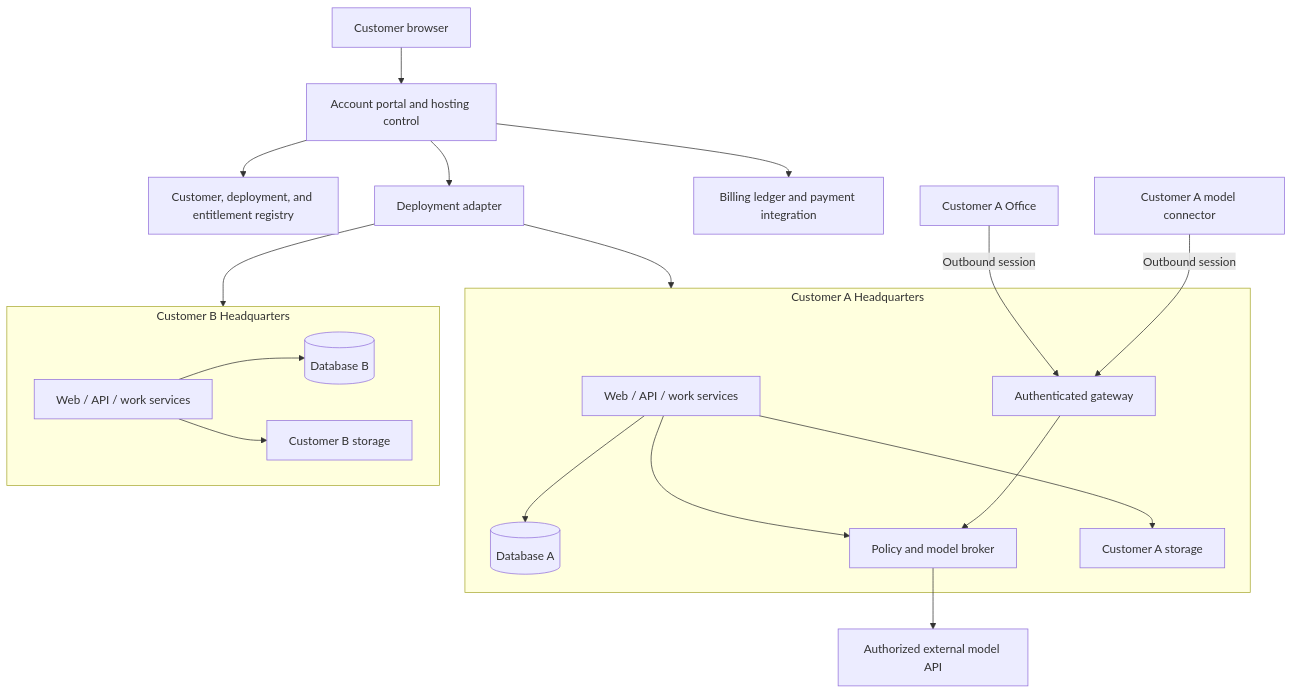
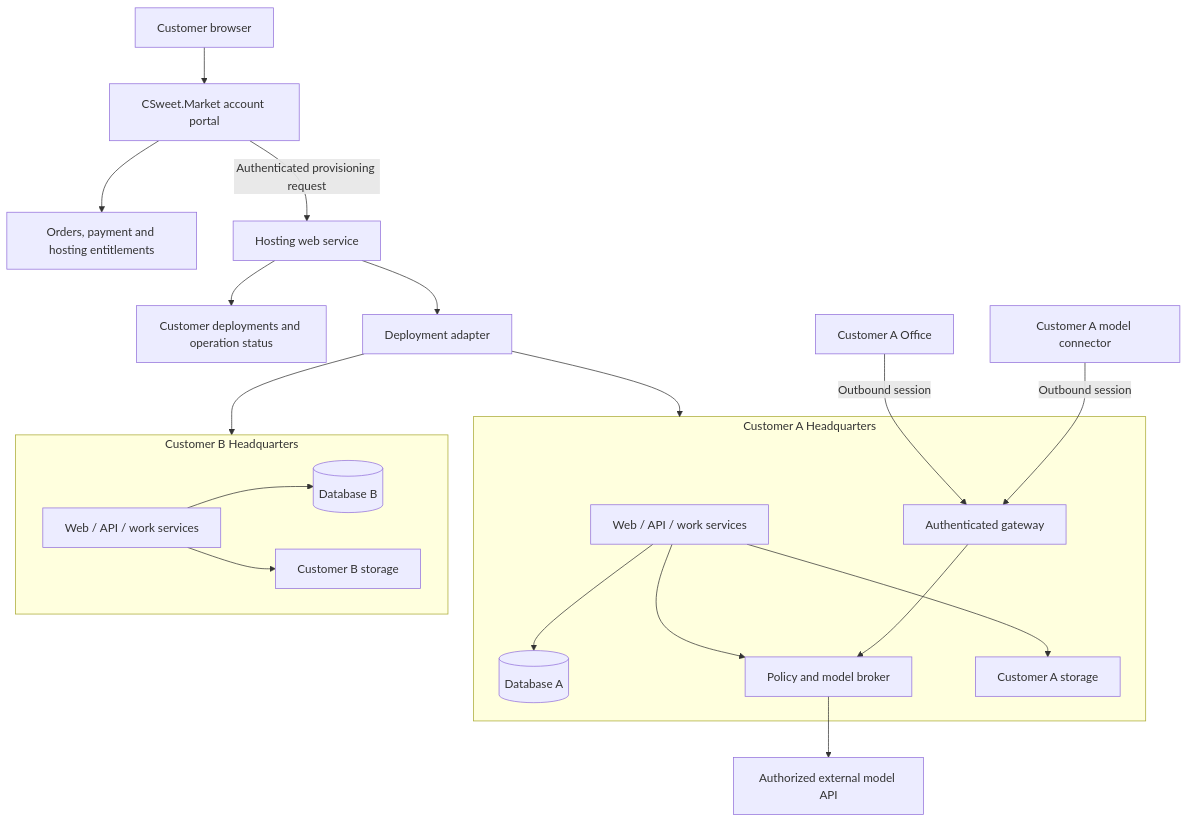
The first of 2 diagrams in docs/features/hosted-platform/02-architecture-and-tenancy.md (CrosswiredStudios/C-Sweet), drawn with Mermaid before and after one commit. The commit also changed other lines of this file and 126 other files, not shown here.

````diff
--- a/docs/features/hosted-platform/02-architecture-and-tenancy.md
+++ b/docs/features/hosted-platform/02-architecture-and-tenancy.md
@@ -21,22 +21,23 @@
 ```mermaid
 flowchart TB
-    Browser["Customer browser"] --> Portal["Account portal and hosting control"]
-    Portal --> Registry["Customer, deployment, and entitlement registry"]
-    Portal --> Provisioner["Deployment adapter"]
-    Portal --> Billing["Billing ledger and payment integration"]
+    Browser["Customer browser"] --> Portal["CSweet.Market account portal"]
+    Portal --> Billing["Orders, payment and hosting entitlements"]
+    Portal -->|Authenticated provisioning request| Hosting["Hosting web service"]
+    Hosting --> Registry["Customer deployments and operation status"]
+    Hosting --> Provisioner["Deployment adapter"]
     Provisioner --> TenantA
     Provisioner --> TenantB
     subgraph TenantA["Customer A Headquarters"]
         WebA["Web / API / work services"] --> DBA[("Database A")]
         WebA --> BrokerA["Policy and model broker"]
         GatewayA["Authenticated gateway"] --> BrokerA
         WebA --> FilesA["Customer A storage"]
     end
     subgraph TenantB["Customer B Headquarters"]
         WebB["Web / API / work services"] --> DBB[("Database B")]
         WebB --> FilesB["Customer B storage"]
     end
     OfficeA["Customer A Office"] -->|"Outbound session"| GatewayA
     ConnectorA["Customer A model connector"] -->|"Outbound session"| GatewayA
     BrokerA --> External["Authorized external model API"]
 ```
````
